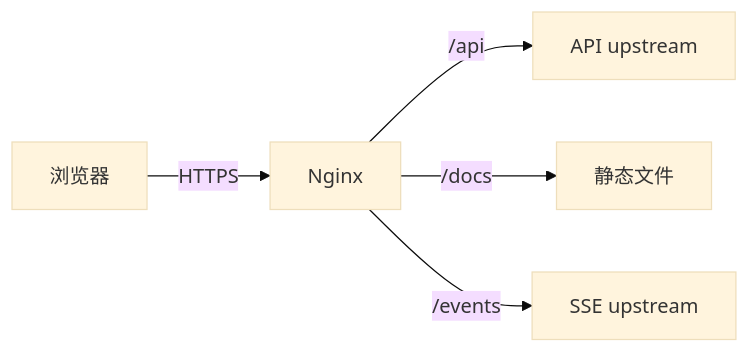
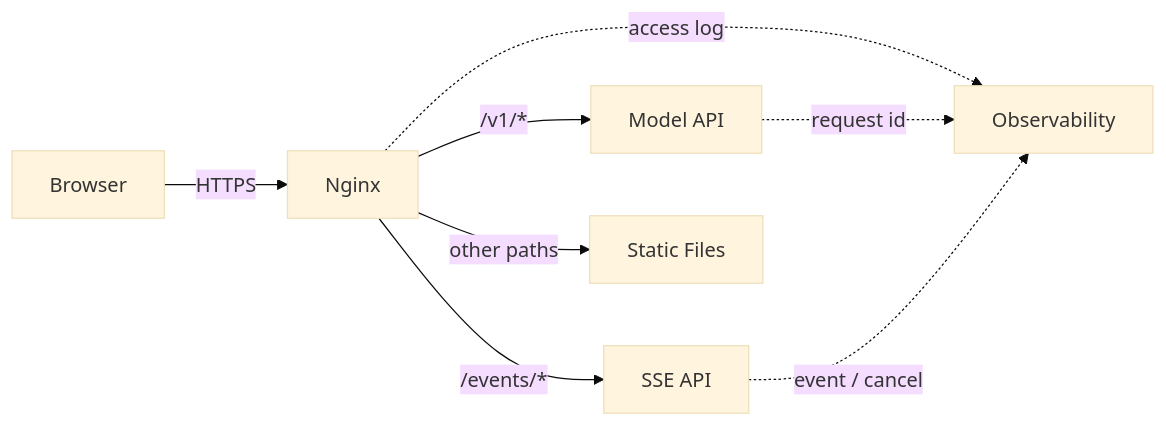
The diagram in docs/devops/nginx-static-proxy-sse.md (upJiang/jiang-blog-vitepress), drawn with Mermaid (base theme) before and after one commit. The commit also changed other lines of this file and 425 other files, not shown here.

````diff
--- a/docs/devops/nginx-static-proxy-sse.md
+++ b/docs/devops/nginx-static-proxy-sse.md
@@ -38,7 +34,10 @@
 ```mermaid
 flowchart LR
-  B[浏览器] -->|HTTPS| N[Nginx]
-  N -->|/api| A[API upstream]
-  N -->|/docs| F[静态文件]
-  N -->|/events| S[SSE upstream]
+  B[Browser] -->|HTTPS| N[Nginx]
+  N -->|/v1/*| A[Model API]
+  N -->|/events/*| S[SSE API]
+  N -->|other paths| F[Static Files]
+  N -.access log.-> O[Observability]
+  A -.request id.-> O
+  S -.event / cancel.-> O
 ```
````
